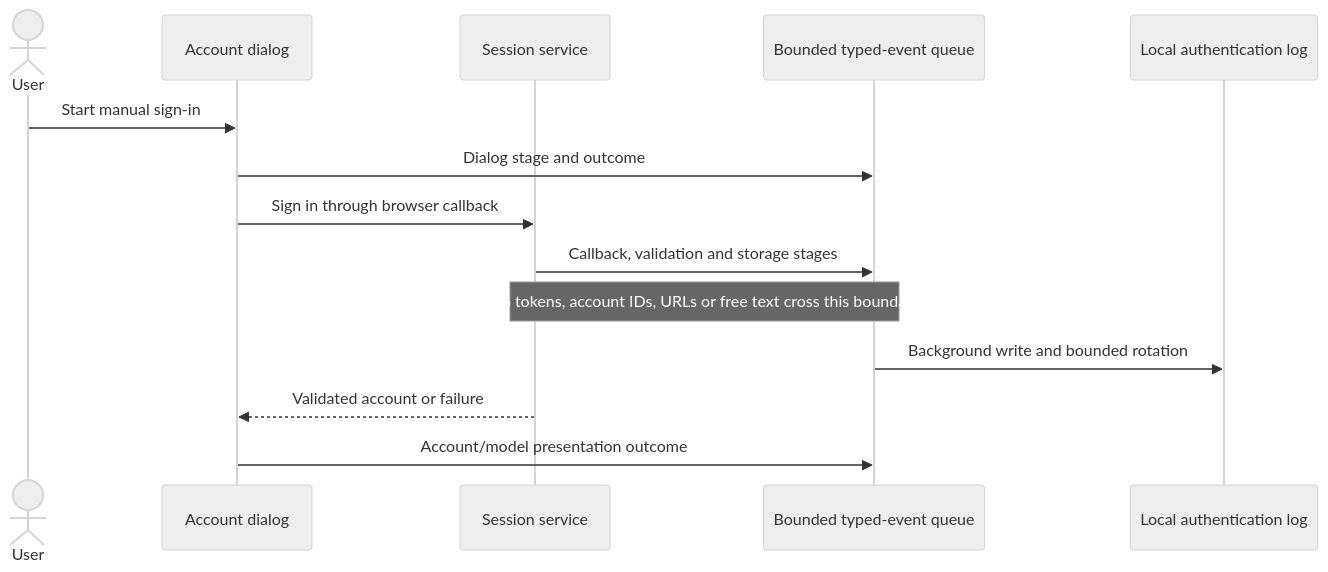
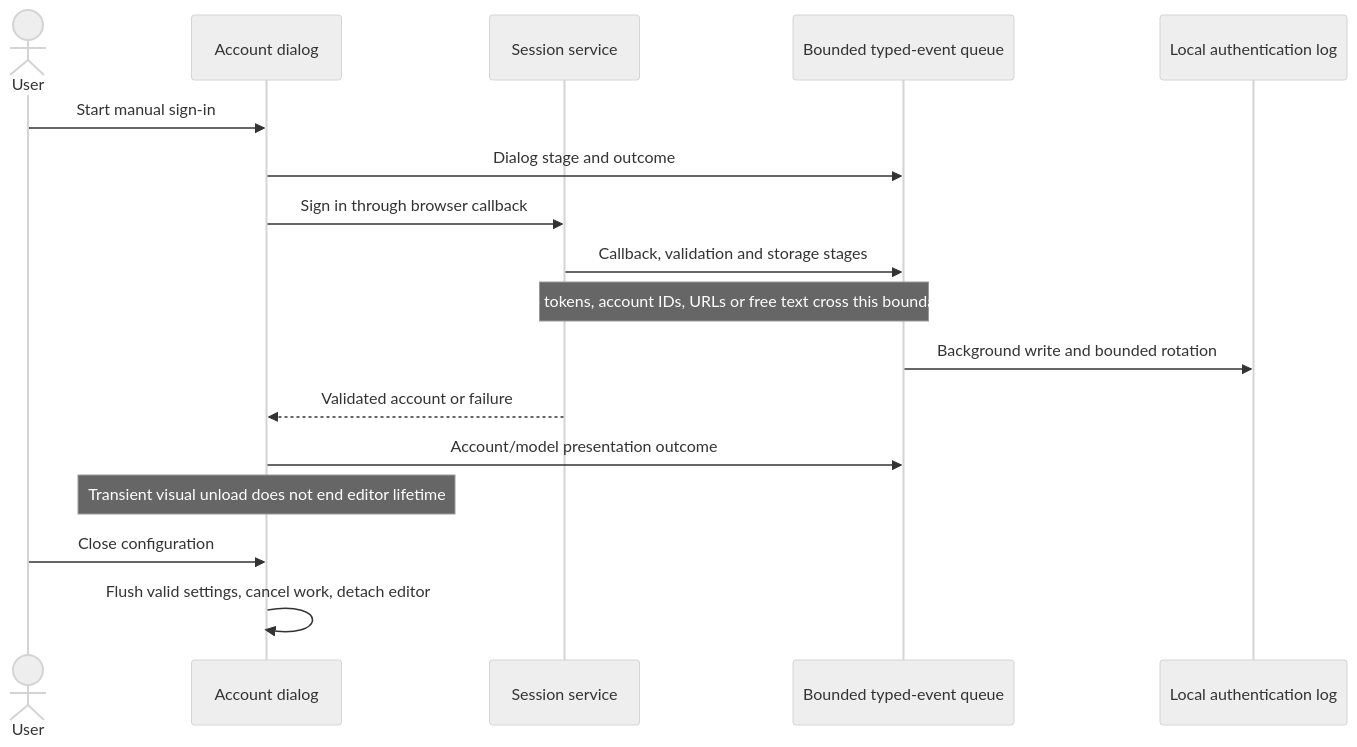
One commit to kiforsbe/procsight changed the first of 29 diagrams in ARCHITECTURE.md. Above: the diagram before and after it, drawn with Mermaid (neutral theme). The commit also changed other lines of this file and 8 other files, not shown here.

````diff
--- a/ARCHITECTURE.md
+++ b/ARCHITECTURE.md
@@ -54,16 +59,19 @@
 ```mermaid
 sequenceDiagram
     actor User
     participant Dialog as Account dialog
     participant OAuth as Session service
     participant Queue as Bounded typed-event queue
     participant File as Local authentication log
     User->>Dialog: Start manual sign-in
     Dialog->>Queue: Dialog stage and outcome
     Dialog->>OAuth: Sign in through browser callback
     OAuth->>Queue: Callback, validation and storage stages
     Note over OAuth,Queue: No tokens, account IDs, URLs or free text cross this boundary
     Queue->>File: Background write and bounded rotation
     OAuth-->>Dialog: Validated account or failure
     Dialog->>Queue: Account/model presentation outcome
+    Note over Dialog: Transient visual unload does not end editor lifetime
+    User->>Dialog: Close configuration
+    Dialog->>Dialog: Flush valid settings, cancel work, detach editor
 ```
````
